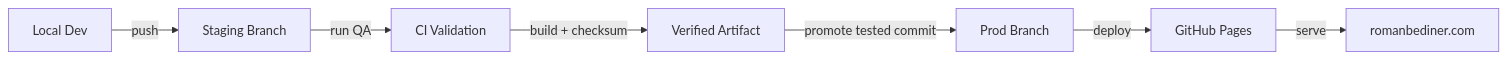
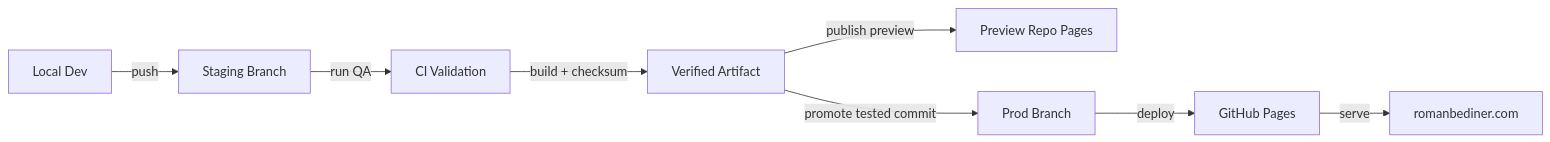
The diagram in README.md (rbediner/romanbediner.com), drawn with Mermaid before and after one commit. The commit also changed other lines of this file and 11 other files, not shown here.

````diff
--- a/README.md
+++ b/README.md
@@ -188,16 +188,18 @@
 ```mermaid
 flowchart LR
   dev["Local Dev"]
   staging["Staging Branch"]
   ci["CI Validation"]
   artifact["Verified Artifact"]
+  preview["Preview Repo Pages"]
   prod["Prod Branch"]
   pages["GitHub Pages"]
   live["romanbediner.com"]
   dev -->|"push"| staging
   staging -->|"run QA"| ci
   ci -->|"build + checksum"| artifact
+  artifact -->|"publish preview"| preview
   artifact -->|"promote tested commit"| prod
   prod -->|"deploy"| pages
   pages -->|"serve"| live
 ```
````
